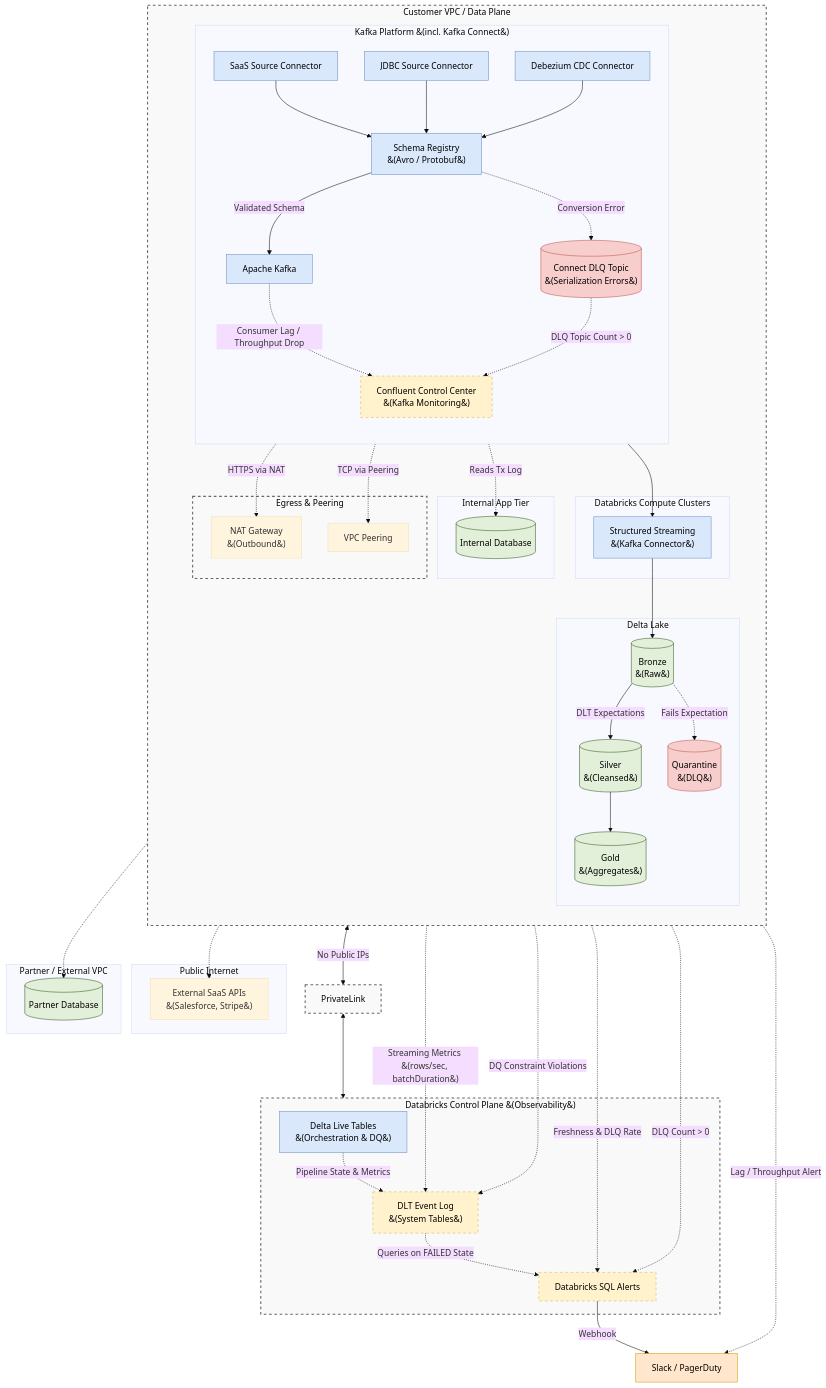
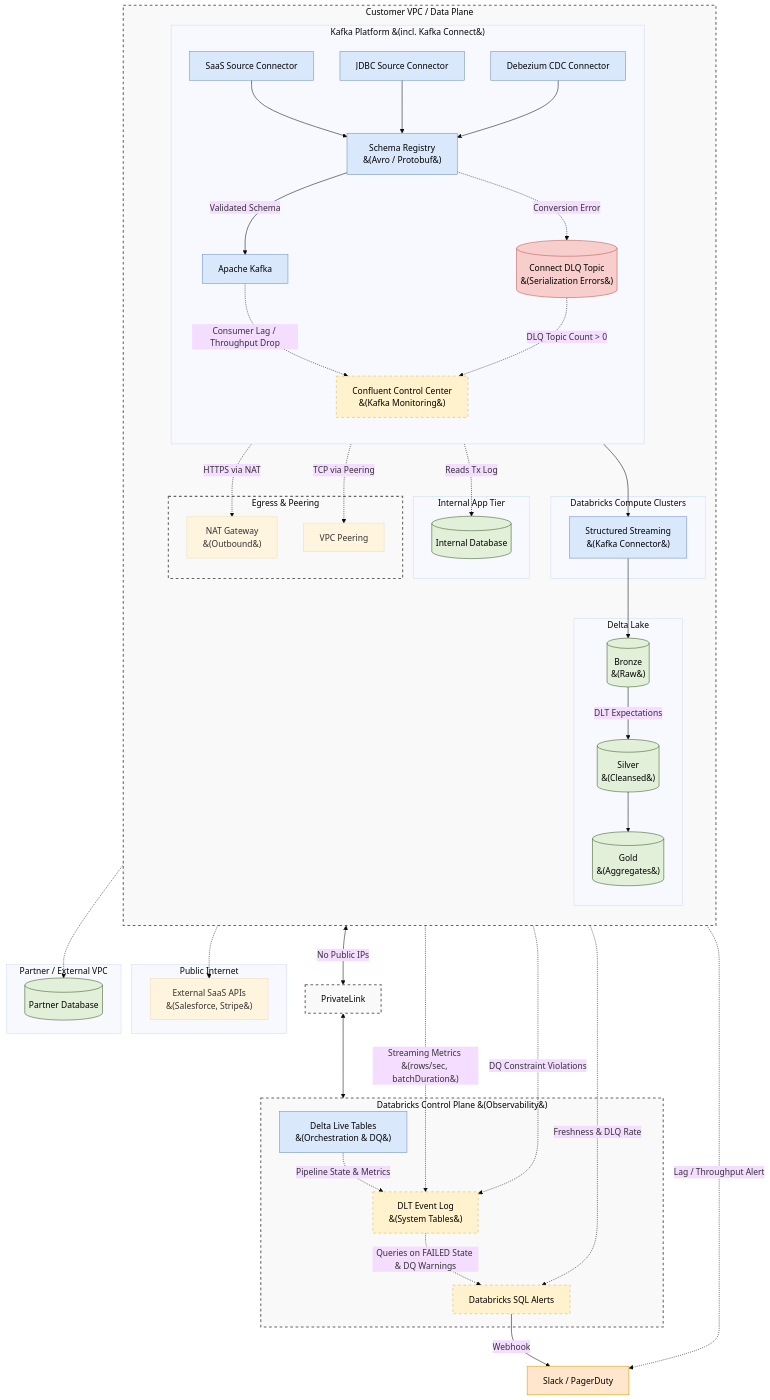
One commit to toanbui626391/data_architect changed the diagram in databricks/realtime_ingestion_architecture.md. Above: the diagram before and after it, drawn with Mermaid (base theme). The commit also changed other lines of this file, not shown here.

```diff
--- a/databricks/realtime_ingestion_architecture.md
+++ b/databricks/realtime_ingestion_architecture.md
@@ -54,7 +54,6 @@
             Bronze[("Bronze <br>&#40;Raw&#41;")]
             Silver[("Silver <br>&#40;Cleansed&#41;")]
             Gold[("Gold <br>&#40;Aggregates&#41;")]
-            DLQ[("Quarantine <br>&#40;DLQ&#41;")]
         end
     end
 
@@ -89,7 +88,6 @@
     %% Data Pipeline Flow
     Spark --> Bronze
     Bronze -->|DLT Expectations| Silver
-    Bronze -.->|Fails Expectation| DLQ
     Silver --> Gold
 
     %% Networking
@@ -110,8 +108,7 @@
     Silver -.->|DQ Constraint Violations| EventLog
 
     %% Alerting
-    DLQ -.->|DLQ Count > 0| SQLAlert
-    EventLog -.->|Queries on FAILED State| SQLAlert
+    EventLog -.->|Queries on FAILED State & DQ Warnings| SQLAlert
     SQLAlert -->|Webhook| Notification
 
     %% Styling
@@ -124,7 +121,7 @@
     
     class InternalDB,PartnerDB,Bronze,Silver,Gold storage;
     class SaaSConn,PartnerConn,CDCConn,SchemaReg,Kafka,Spark,DLT process;
-    class DLQ,KafkaDLQ bad;
+    class KafkaDLQ bad;
     class CC,EventLog,SQLAlert monitor;
     class CustomerVPC,ControlPlane,VPCE,NetworkEgress network;
     class Notification alert;
```
